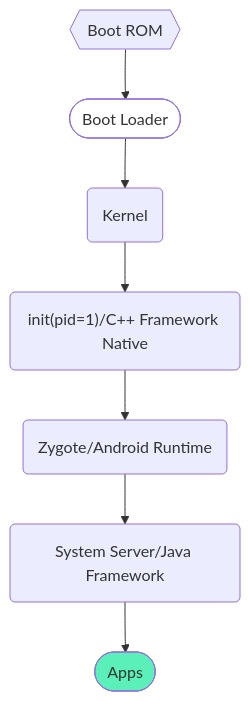
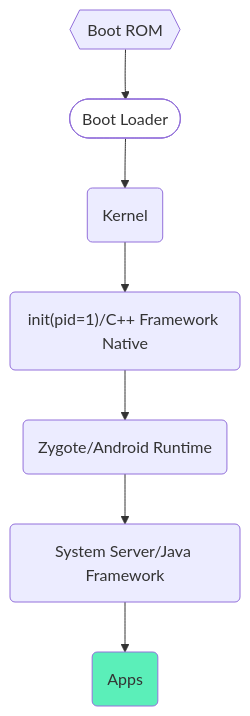
The first of 7 diagrams in android/AMS启动流程.md (boybeak/boybeak.github.io), drawn with Mermaid before and after one commit. The commit also changed other lines of this file and 3 other files, not shown here.

````diff
--- a/android/AMS启动流程.md
+++ b/android/AMS启动流程.md
@@ -13,11 +13,11 @@
 ```mermaid
 graph TD;
     style A fill:#fff
     style F fill:#5befb9
     Z{{Boot ROM}} --> A([Boot Loader]);
     A --> B(Kernel);
     B --> C("init(pid=1)/C++ Framework Native");
     C --> D(Zygote/Android Runtime);
     D --> E(System Server/Java Framework);
-    E --> F([Apps]);
+    E --> F(Apps);
 ```
````
